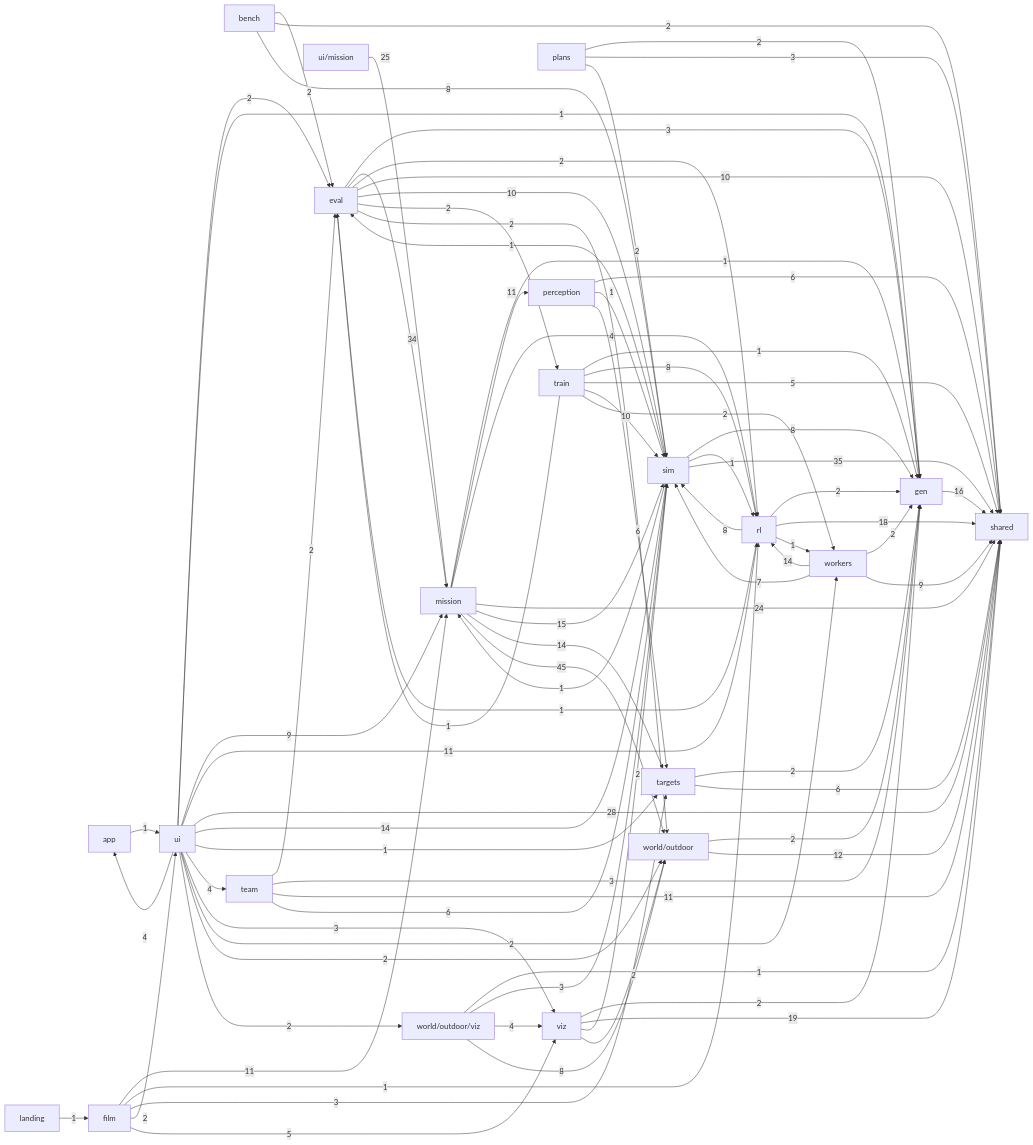
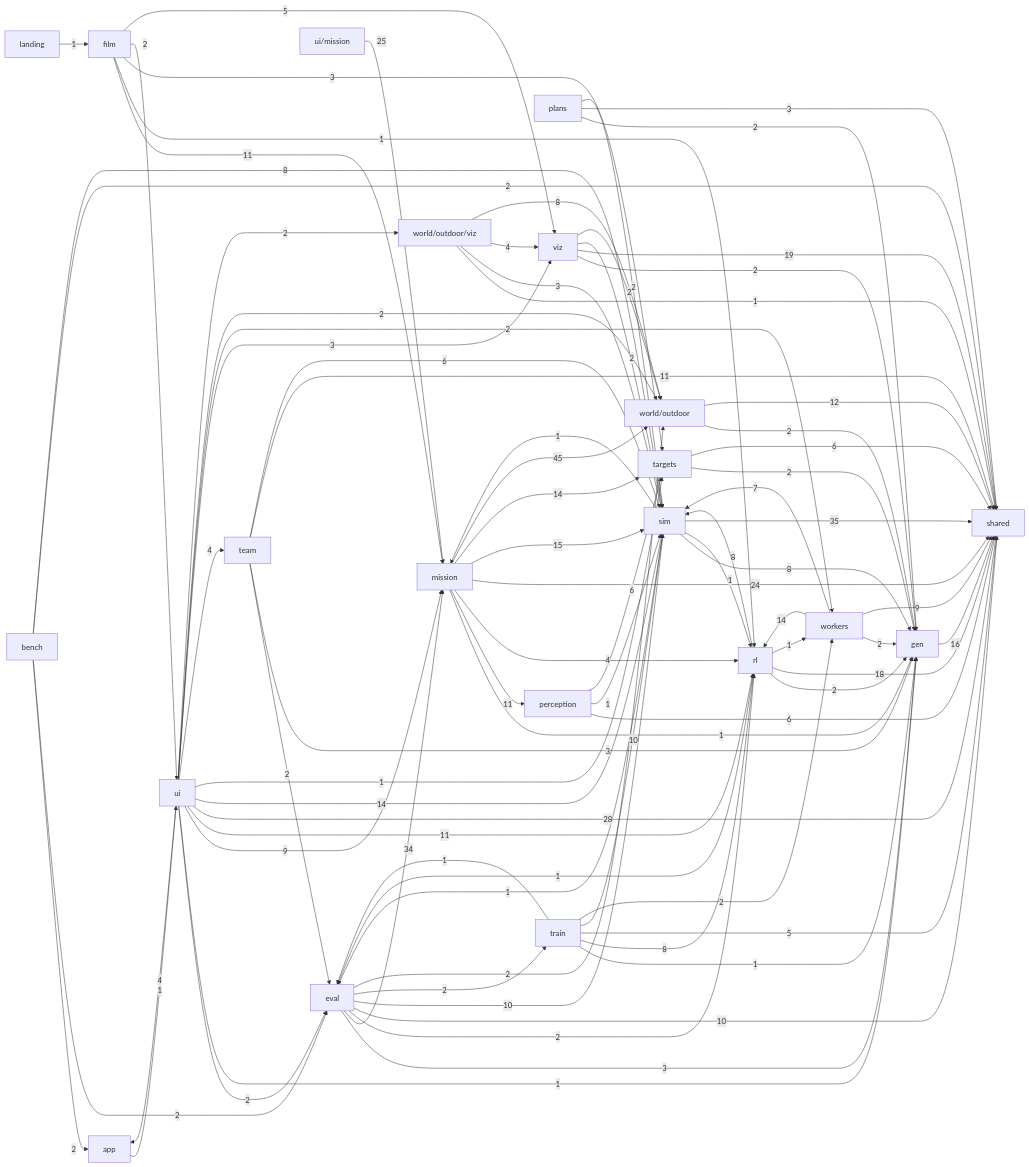
One commit to alexnieves-cs/frontier-fly changed the second of 2 diagrams in docs/ARCHITECTURE.md. Above: the diagram before and after it, drawn with Mermaid. The commit also changed other lines of this file and 16 other files, not shown here.

```diff
--- a/docs/ARCHITECTURE.md
+++ b/docs/ARCHITECTURE.md
@@ -98,6 +98,7 @@
   world_outdoor["world/outdoor"]
   world_outdoor_viz["world/outdoor/viz"]
   app -->|1| ui
+  bench -->|2| app
   bench -->|2| eval
   bench -->|2| shared
   bench -->|8| sim
```
